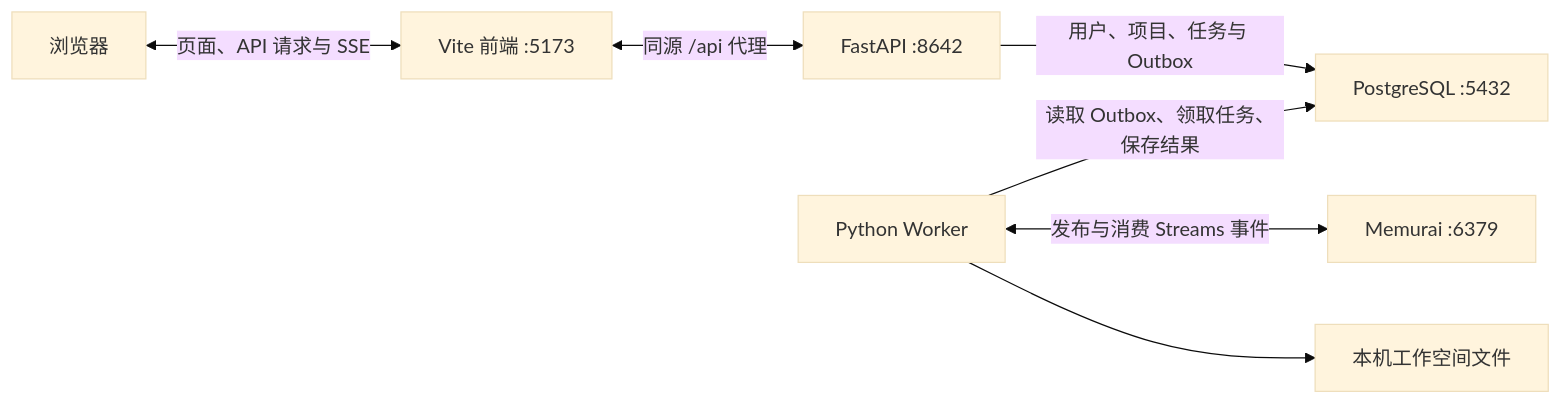
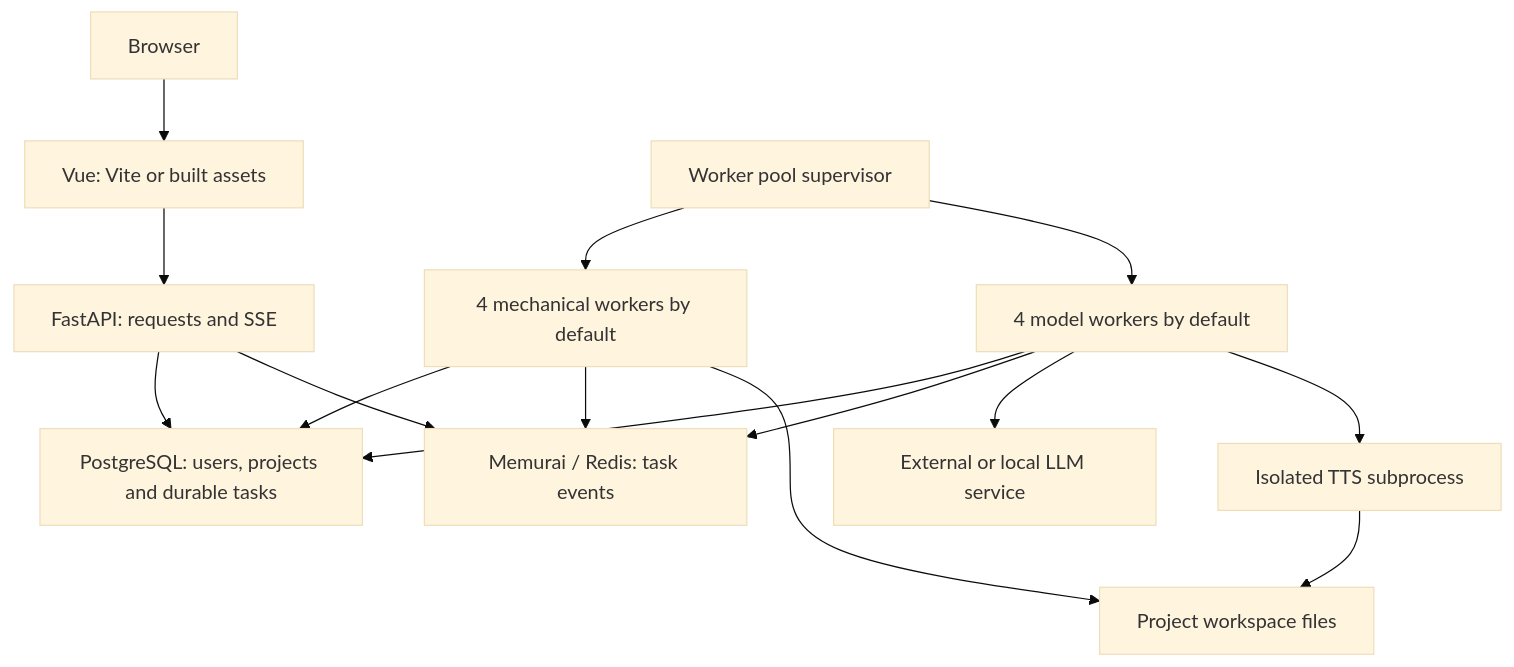
One commit to 1010323691/NarrifyAudio changed the second of 2 diagrams in README.md. Above: the diagram before and after it, drawn with Mermaid (base theme). The commit also changed other lines of this file and 12 other files, not shown here.

````diff
--- a/README.md
+++ b/README.md
@@ -22,9 +55,17 @@
 ```mermaid
-flowchart LR
-  Browser[浏览器] <-->|页面、API 请求与 SSE| Vite[Vite 前端 :5173]
-  Vite <-->|同源 /api 代理| API[FastAPI :8642]
-  API -->|用户、项目、任务与 Outbox| PG[PostgreSQL :5432]
-  Worker[Python Worker] -->|读取 Outbox、领取任务、保存结果| PG
-  Worker <-->|发布与消费 Streams 事件| Redis[Memurai :6379]
-  Worker --> Storage[本机工作空间文件]
+flowchart TB
+  Browser[Browser] --> Frontend[Vue: Vite or built assets]
+  Frontend --> API[FastAPI: requests and SSE]
+  API --> PG[PostgreSQL: users, projects and durable tasks]
+  API --> Queue[Memurai / Redis: task events]
+  Pool[Worker pool supervisor] --> Mechanical[4 mechanical workers by default]
+  Pool --> Model[4 model workers by default]
+  Mechanical --> PG
+  Model --> PG
+  Mechanical --> Queue
+  Model --> Queue
+  Model --> LLM[External or local LLM service]
+  Model --> TTSProcess[Isolated TTS subprocess]
+  Mechanical --> Files[Project workspace files]
+  TTSProcess --> Files
 ```
````
